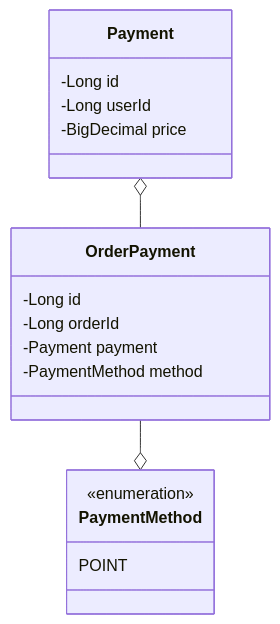
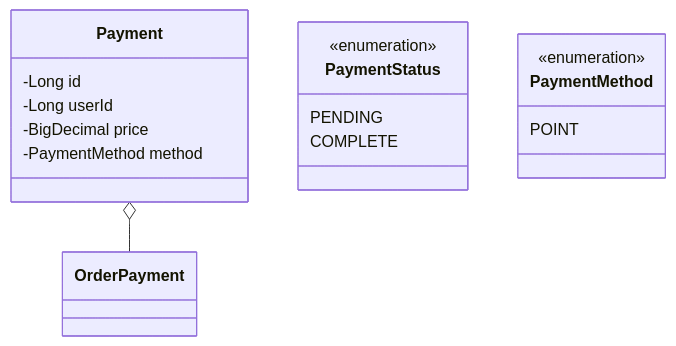
One commit to jsween5723/loopers-spring-kotlin-template changed the sixth of 6 diagrams in docs/03-class-diagrams.md. Above: the diagram before and after it, drawn with Mermaid. The commit also changed other lines of this file, not shown here.

Commit message:
docs(sku): 클래스 다이어그램 정렬

````diff
--- a/docs/03-class-diagrams.md
+++ b/docs/03-class-diagrams.md
@@ -205,21 +209,19 @@
 ```mermaid
 classDiagram
     class Payment {
         -Long id
         -Long userId
         -BigDecimal price
-    }
-
-    Payment o-- OrderPayment
-    OrderPayment --o PaymentMethod
-    class OrderPayment {
-        -Long id
-        -Long orderId
-        -Payment payment
         -PaymentMethod method
     }
+    class PaymentStatus {
+        <<enumeration>>
+        PENDING
+        COMPLETE
+    }
+    Payment o-- OrderPayment
     class PaymentMethod {
         <<enumeration>>
         POINT
     }
 ```
````
